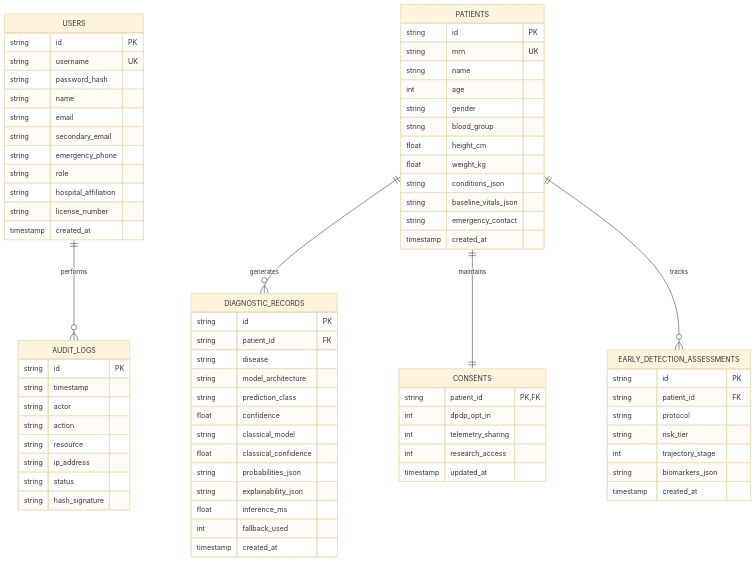
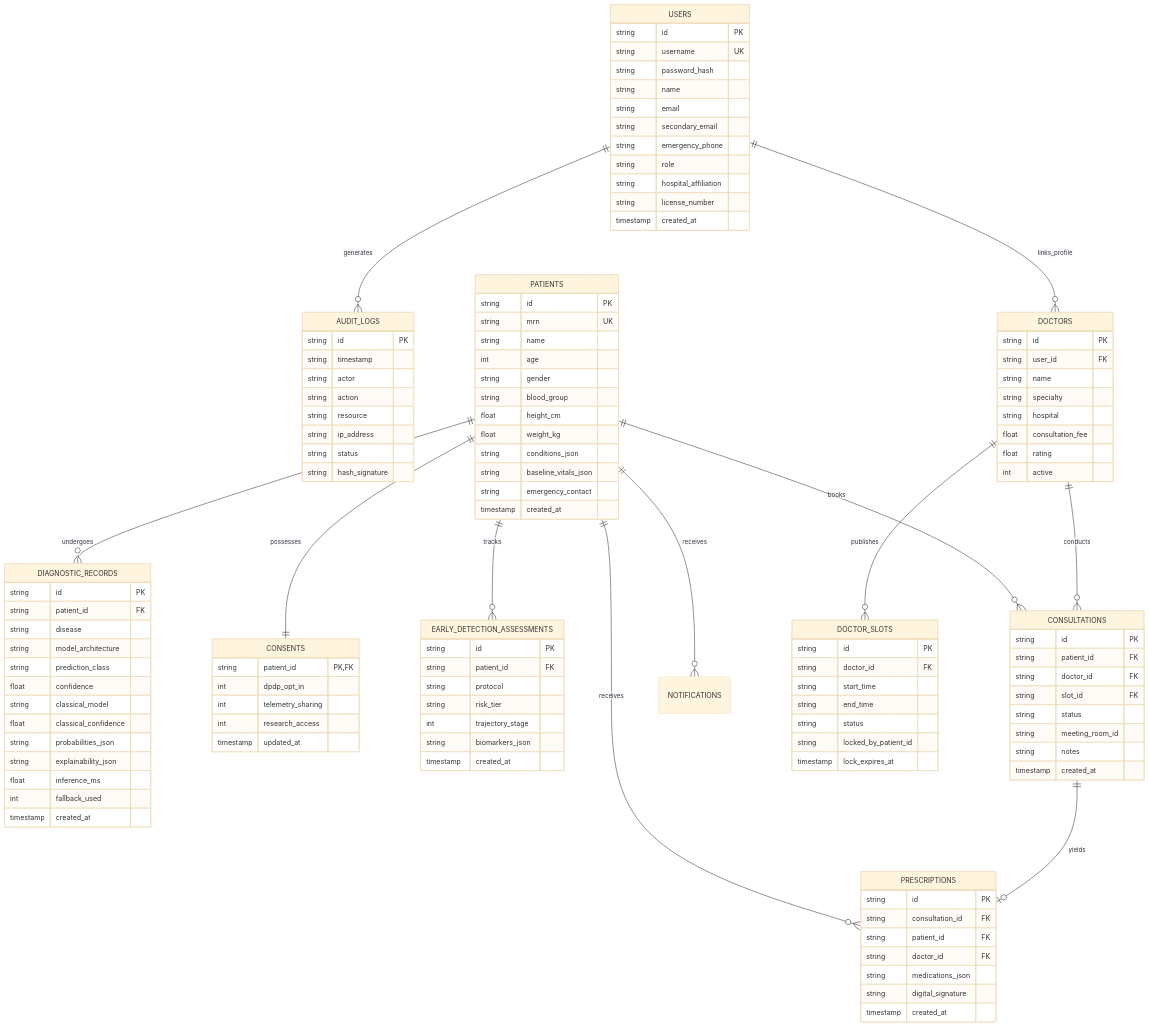
Before and after one commit to ARYANCY/QDoc: the diagram in docs/DATABASE_SCHEMA.md, drawn with Mermaid (base theme). The commit also changed other lines of this file and 55 other files, not shown here.

````diff
--- a/docs/DATABASE_SCHEMA.md
+++ b/docs/DATABASE_SCHEMA.md
@@ -9,9 +51,16 @@
 ```mermaid
 erDiagram
-    USERS ||--o{ AUDIT_LOGS : performs
-    PATIENTS ||--o{ DIAGNOSTIC_RECORDS : generates
-    PATIENTS ||--|| CONSENTS : maintains
+    USERS ||--o{ AUDIT_LOGS : generates
+    USERS ||--o{ DOCTORS : links_profile
+    PATIENTS ||--o{ DIAGNOSTIC_RECORDS : undergoes
+    PATIENTS ||--|| CONSENTS : possesses
     PATIENTS ||--o{ EARLY_DETECTION_ASSESSMENTS : tracks
+    PATIENTS ||--o{ CONSULTATIONS : books
+    PATIENTS ||--o{ PRESCRIPTIONS : receives
+    PATIENTS ||--o{ NOTIFICATIONS : receives
+    DOCTORS ||--o{ DOCTOR_SLOTS : publishes
+    DOCTORS ||--o{ CONSULTATIONS : conducts
+    CONSULTATIONS ||--o| PRESCRIPTIONS : yields
 
     USERS {
         string id PK
@@ -86,4 +135,46 @@
         string biomarkers_json
         timestamp created_at
     }
+
+    DOCTORS {
+        string id PK
+        string user_id FK
+        string name
+        string specialty
+        string hospital
+        float consultation_fee
+        float rating
+        int active
+    }
+
+    DOCTOR_SLOTS {
+        string id PK
+        string doctor_id FK
+        string start_time
+        string end_time
+        string status
+        string locked_by_patient_id
+        timestamp lock_expires_at
+    }
+
+    CONSULTATIONS {
+        string id PK
+        string patient_id FK
+        string doctor_id FK
+        string slot_id FK
+        string status
+        string meeting_room_id
+        string notes
+        timestamp created_at
+    }
+
+    PRESCRIPTIONS {
+        string id PK
+        string consultation_id FK
+        string patient_id FK
+        string doctor_id FK
+        string medications_json
+        string digital_signature
+        timestamp created_at
+    }
 ```
````
